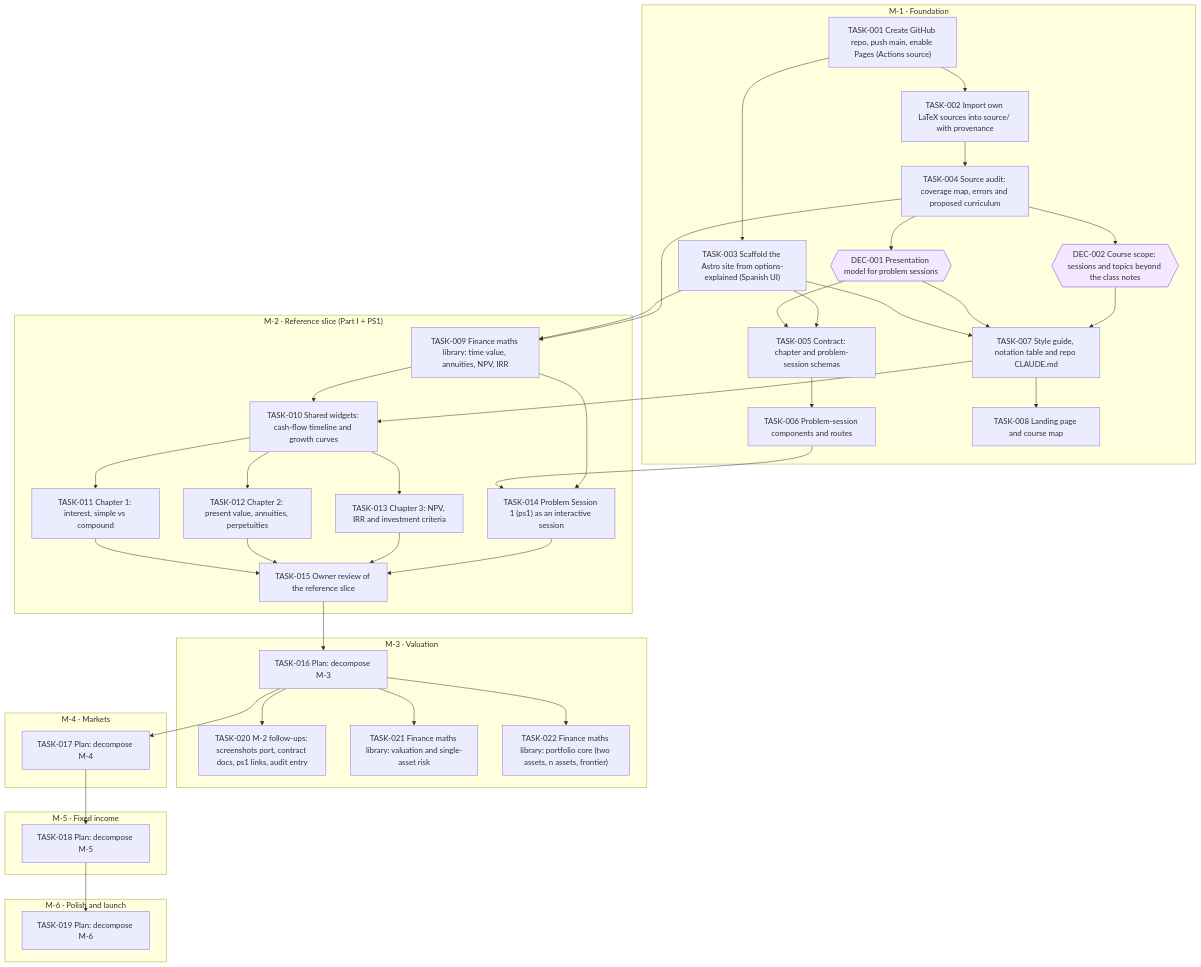
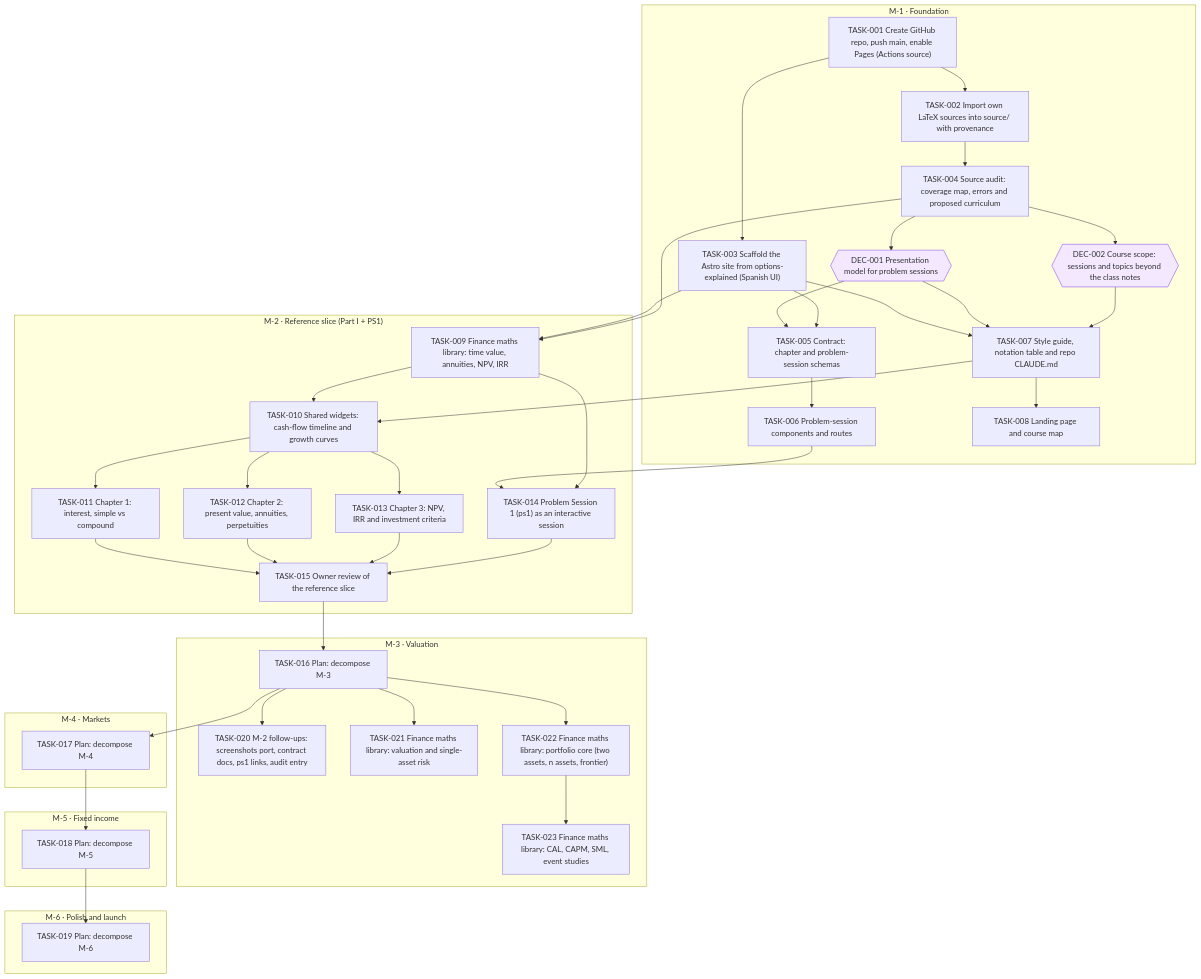
One commit to jesusvillota/economia-financiera changed the diagram in goals/course-site/README.md. Above: the diagram before and after it, drawn with Mermaid. The commit also changed 1 other file, not shown here.

Commit message:
goal(course-site): add TASK-023 Finance maths library: CAL, CAPM, SML, event studies

````diff
--- a/goals/course-site/README.md
+++ b/goals/course-site/README.md
@@ -35,76 +35,78 @@
 ```mermaid
 flowchart TD
   subgraph M_1["M-1 · Foundation"]
     DEC_001{{"DEC-001 Presentation model for problem sessions"}}
     DEC_002{{"DEC-002 Course scope: sessions and topics beyond the class notes"}}
     TASK_001["TASK-001 Create GitHub repo, push main, enable Pages (Actions source)"]
     TASK_002["TASK-002 Import own LaTeX sources into source/ with provenance"]
     TASK_003["TASK-003 Scaffold the Astro site from options-explained (Spanish UI)"]
     TASK_004["TASK-004 Source audit: coverage map, errors and proposed curriculum"]
     TASK_005["TASK-005 Contract: chapter and problem-session schemas"]
     TASK_006["TASK-006 Problem-session components and routes"]
     TASK_007["TASK-007 Style guide, notation table and repo CLAUDE.md"]
     TASK_008["TASK-008 Landing page and course map"]
   end
   subgraph M_2["M-2 · Reference slice (Part I + PS1)"]
     TASK_009["TASK-009 Finance maths library: time value, annuities, NPV, IRR"]
     TASK_010["TASK-010 Shared widgets: cash-flow timeline and growth curves"]
     TASK_011["TASK-011 Chapter 1: interest, simple vs compound"]
     TASK_012["TASK-012 Chapter 2: present value, annuities, perpetuities"]
     TASK_013["TASK-013 Chapter 3: NPV, IRR and investment criteria"]
     TASK_014["TASK-014 Problem Session 1 (ps1) as an interactive session"]
     TASK_015["TASK-015 Owner review of the reference slice"]
   end
   subgraph M_3["M-3 · Valuation"]
     TASK_016["TASK-016 Plan: decompose M-3"]
     TASK_020["TASK-020 M-2 follow-ups: screenshots port, contract docs, ps1 links, audit entry"]
     TASK_021["TASK-021 Finance maths library: valuation and single-asset risk"]
     TASK_022["TASK-022 Finance maths library: portfolio core (two assets, n assets, frontier)"]
+    TASK_023["TASK-023 Finance maths library: CAL, CAPM, SML, event studies"]
   end
   subgraph M_4["M-4 · Markets"]
     TASK_017["TASK-017 Plan: decompose M-4"]
   end
   subgraph M_5["M-5 · Fixed income"]
     TASK_018["TASK-018 Plan: decompose M-5"]
   end
   subgraph M_6["M-6 · Polish and launch"]
     TASK_019["TASK-019 Plan: decompose M-6"]
   end
   TASK_004 --> DEC_001
   TASK_004 --> DEC_002
   TASK_001 --> TASK_002
   TASK_001 --> TASK_003
   TASK_002 --> TASK_004
   DEC_001 --> TASK_005
   TASK_003 --> TASK_005
   TASK_005 --> TASK_006
   TASK_003 --> TASK_007
   DEC_001 --> TASK_007
   DEC_002 --> TASK_007
   TASK_007 --> TASK_008
   TASK_003 --> TASK_009
   TASK_004 --> TASK_009
   TASK_007 --> TASK_010
   TASK_009 --> TASK_010
   TASK_010 --> TASK_011
   TASK_010 --> TASK_012
   TASK_010 --> TASK_013
   TASK_006 --> TASK_014
   TASK_009 --> TASK_014
   TASK_011 --> TASK_015
   TASK_012 --> TASK_015
   TASK_013 --> TASK_015
   TASK_014 --> TASK_015
   TASK_015 --> TASK_016
   TASK_016 --> TASK_017
   TASK_017 --> TASK_018
   TASK_018 --> TASK_019
   TASK_016 --> TASK_020
   TASK_016 --> TASK_021
   TASK_016 --> TASK_022
+  TASK_022 --> TASK_023
   classDef draft stroke-dasharray: 4 3
   classDef cancelled opacity:0.45
   classDef decision fill:#f3e8ff,stroke:#7c3aed
   class DEC_001 decision
   class DEC_002 decision
 ```
````
